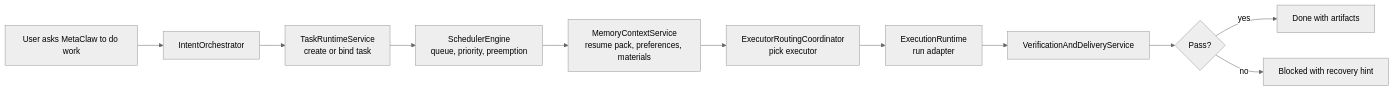
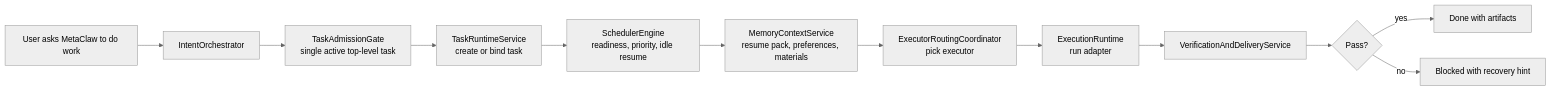
The third of 4 diagrams in README.md (IFOSR/metaclaw), drawn with Mermaid (neutral theme) before and after one commit. The commit also changed other lines of this file and 1 other file, not shown here.

Commit message:
docs: sync readme with current runtime behavior

````diff
--- a/README.md
+++ b/README.md
@@ -74,13 +75,14 @@
 ```mermaid
 flowchart LR
   Input[User asks MetaClaw to do work] --> Intent[IntentOrchestrator]
-  Intent --> Task[TaskRuntimeService<br/>create or bind task]
-  Task --> Scheduler[SchedulerEngine<br/>queue, priority, preemption]
+  Intent --> Gate[TaskAdmissionGate<br/>single active top-level task]
+  Gate --> Task[TaskRuntimeService<br/>create or bind task]
+  Task --> Scheduler[SchedulerEngine<br/>readiness, priority, idle resume]
   Scheduler --> Context[MemoryContextService<br/>resume pack, preferences, materials]
   Context --> Route[ExecutorRoutingCoordinator<br/>pick executor]
   Route --> Run[ExecutionRuntime<br/>run adapter]
   Run --> Verify[VerificationAndDeliveryService]
   Verify --> Done{Pass?}
   Done -->|yes| Result[Done with artifacts]
   Done -->|no| Blocked[Blocked with recovery hint]
 ```
````
